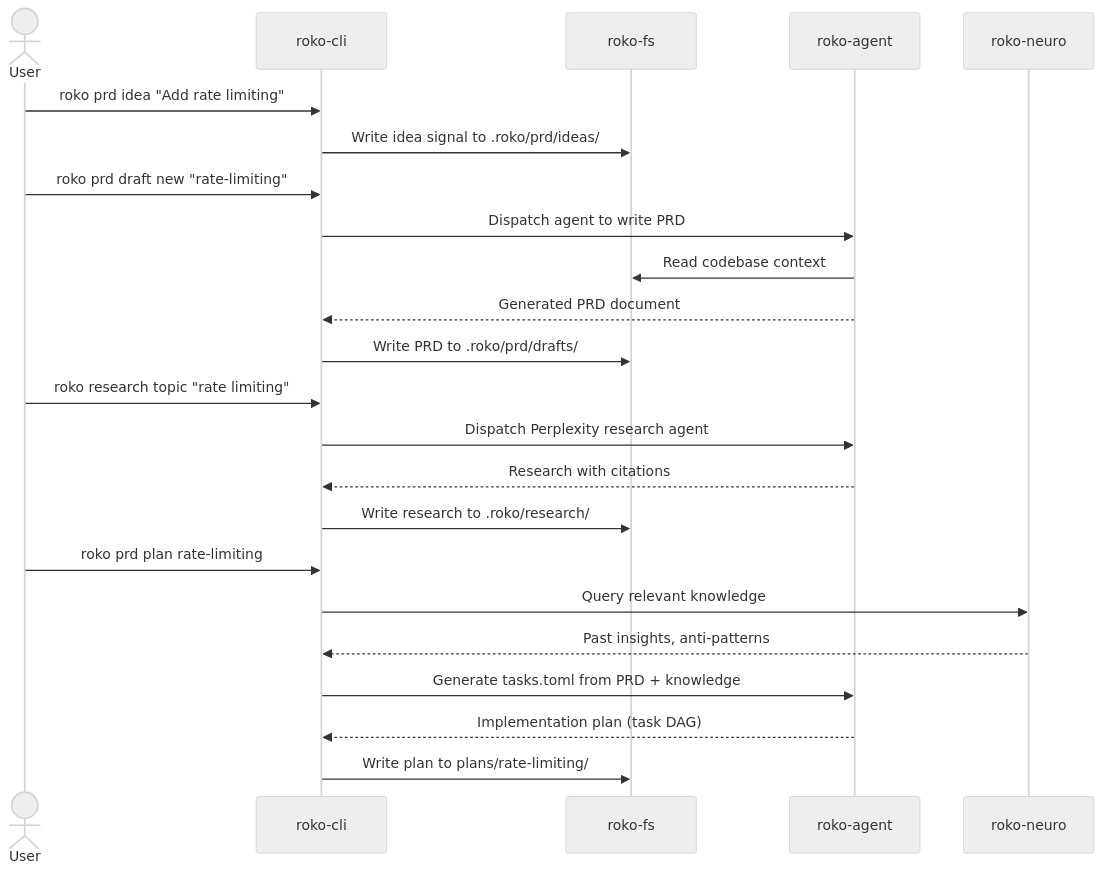
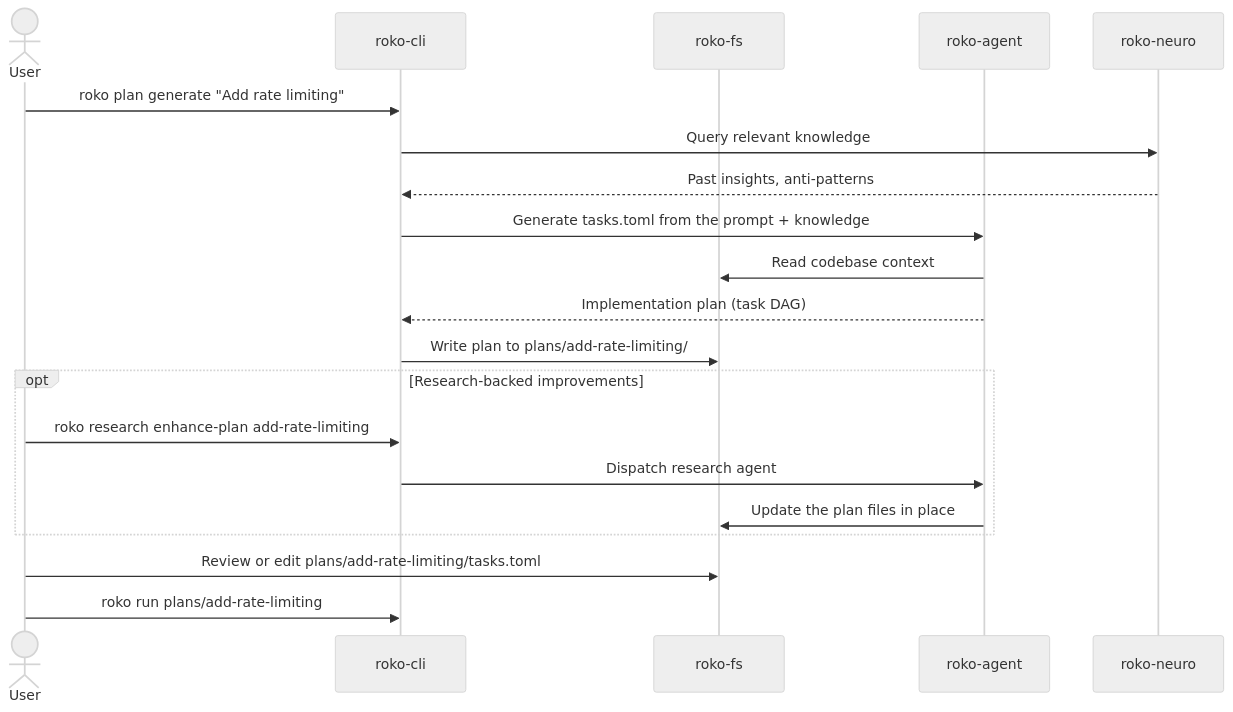
One commit to wpank/roko changed the first of 8 diagrams in docs/v3/explorer/data-flow.md. Above: the diagram before and after it, drawn with Mermaid (neutral theme). The commit also changed other lines of this file and 9 other files, not shown here.

````diff
--- a/docs/v3/explorer/data-flow.md
+++ b/docs/v3/explorer/data-flow.md
@@ -53,29 +53,25 @@
 ```mermaid
 sequenceDiagram
     actor User
     participant CLI as roko-cli
     participant FS as roko-fs
     participant Agent as roko-agent
     participant Neuro as roko-neuro
 
-    User->>CLI: roko prd idea "Add rate limiting"
-    CLI->>FS: Write idea signal to .roko/prd/ideas/
-
-    User->>CLI: roko prd draft new "rate-limiting"
-    CLI->>Agent: Dispatch agent to write PRD
-    Agent->>FS: Read codebase context
-    Agent-->>CLI: Generated PRD document
-    CLI->>FS: Write PRD to .roko/prd/drafts/
-
-    User->>CLI: roko research topic "rate limiting"
-    CLI->>Agent: Dispatch Perplexity research agent
-    Agent-->>CLI: Research with citations
-    CLI->>FS: Write research to .roko/research/
-
-    User->>CLI: roko prd plan rate-limiting
+    User->>CLI: roko plan generate "Add rate limiting"
     CLI->>Neuro: Query relevant knowledge
     Neuro-->>CLI: Past insights, anti-patterns
-    CLI->>Agent: Generate tasks.toml from PRD + knowledge
+    CLI->>Agent: Generate tasks.toml from the prompt + knowledge
+    Agent->>FS: Read codebase context
     Agent-->>CLI: Implementation plan (task DAG)
-    CLI->>FS: Write plan to plans/rate-limiting/
+    CLI->>FS: Write plan to plans/add-rate-limiting/
+
+    opt Research-backed improvements
+        User->>CLI: roko research enhance-plan add-rate-limiting
+        CLI->>Agent: Dispatch research agent
+        Agent->>FS: Update the plan files in place
+    end
+
+    User->>FS: Review or edit plans/add-rate-limiting/tasks.toml
+    User->>CLI: roko run plans/add-rate-limiting
 ```
````
